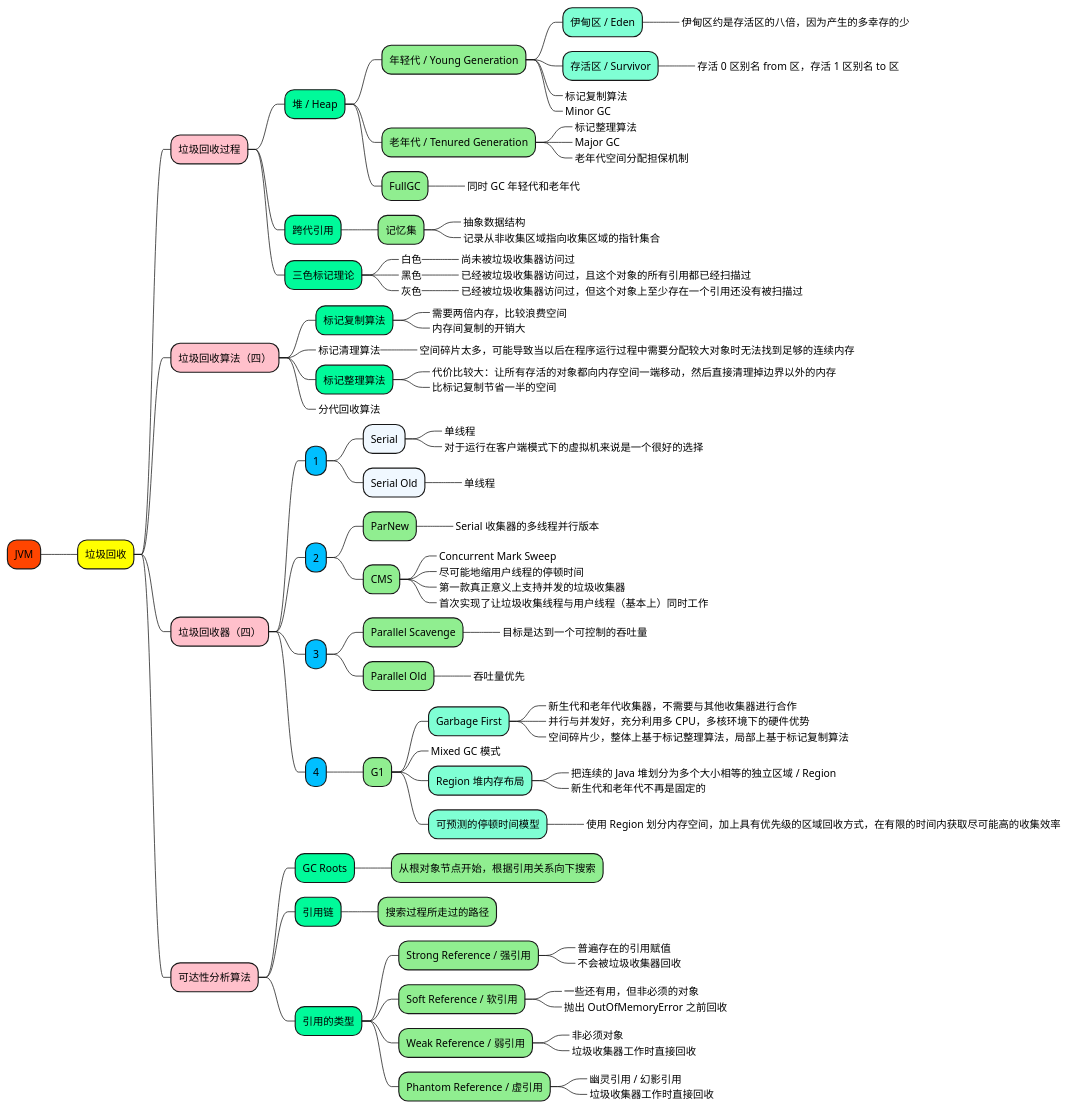
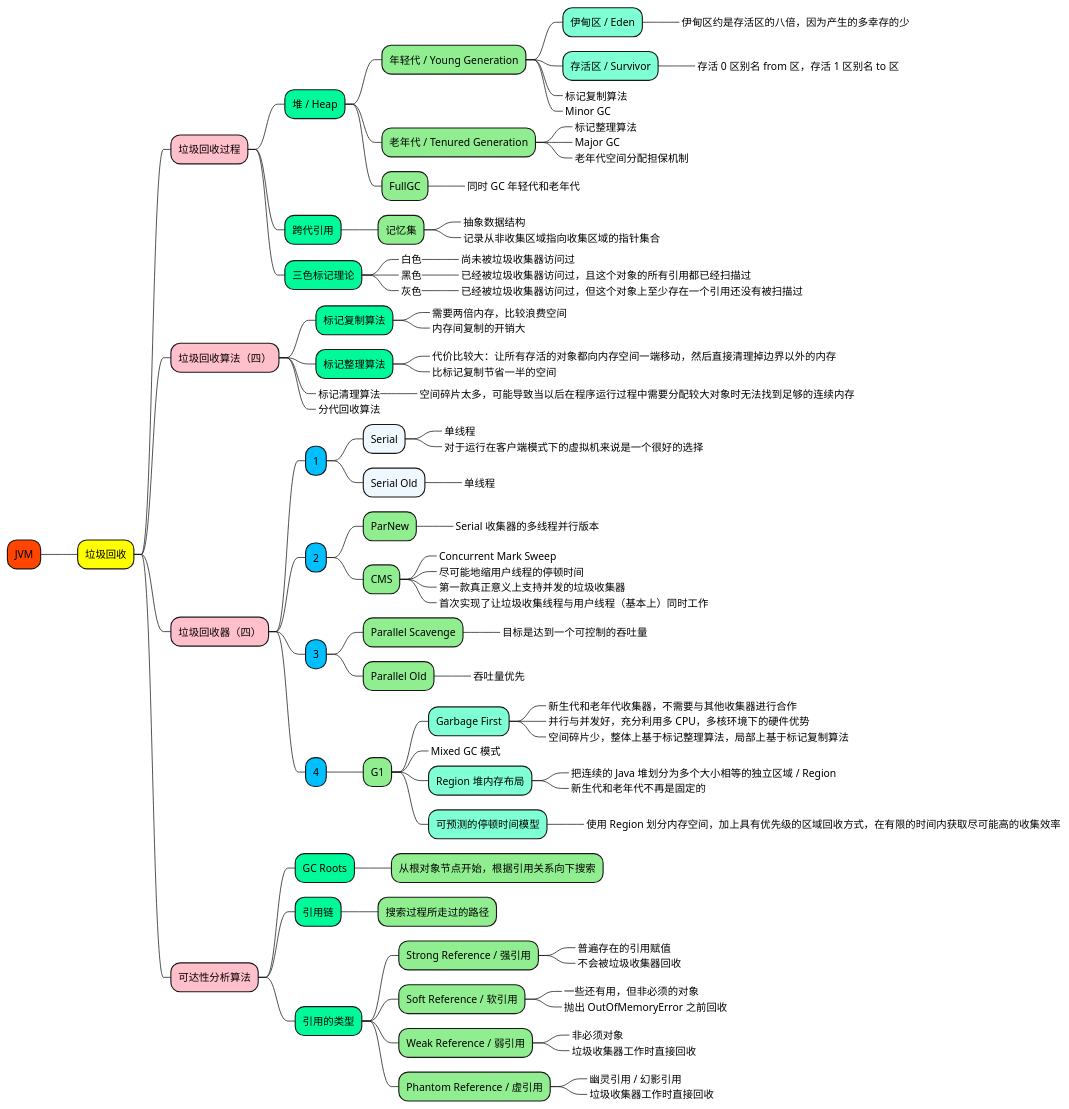
One commit to doveg/self-cultivation-of-a-software-engineer changed the diagram in 1_map/1-java/JVM-垃圾回收.puml. Above: the diagram before and after it, drawn with PlantUML. The commit also changed other lines of this file and 8 other files, not shown here.

```diff
--- a/1_map/1-java/JVM-垃圾回收.puml
+++ b/1_map/1-java/JVM-垃圾回收.puml
@@ -1,125 +1,125 @@
 @startmindmap
 
 +[#OrangeRed] JVM
 
 ++[#yellow] 垃圾回收
 
 +++[#Pink] 垃圾回收过程
 
 ++++[#MediumSpringGreen] 堆 / Heap
 
 +++++[#LightGreen] 年轻代 / Young Generation
 ++++++[#Aquamarine] 伊甸区 / Eden
 +++++++[#Aquamarine]_ 伊甸区约是存活区的八倍，因为产生的多幸存的少
 ++++++[#Aquamarine] 存活区 / Survivor
 +++++++[#Aquamarine]_ 存活 0 区别名 from 区，存活 1 区别名 to 区
 ++++++[#Aquamarine]_ 标记复制算法
 ++++++[#Aquamarine]_ Minor GC
 
 +++++[#LightGreen] 老年代 / Tenured Generation
 ++++++[#Aquamarine]_ 标记整理算法
 ++++++[#Aquamarine]_ Major GC
 ++++++[#GhostWhite]_ 老年代空间分配担保机制
 
 +++++[#LightGreen] FullGC
 ++++++_ 同时 GC 年轻代和老年代
 
 ++++[#MediumSpringGreen] 跨代引用
 +++++[#LightGreen] 记忆集
 ++++++[#Aquamarine]_ 抽象数据结构
 ++++++[#Aquamarine]_ 记录从非收集区域指向收集区域的指针集合
 
 ++++[#MediumSpringGreen] 三色标记理论
 +++++[#LightGreen]_ 白色
 ++++++[#Aquamarine]_ 尚未被垃圾收集器访问过
 +++++[#LightGreen]_ 黑色
 ++++++[#Aquamarine]_ 已经被垃圾收集器访问过，且这个对象的所有引用都已经扫描过
 +++++[#LightGreen]_ 灰色
 ++++++[#Aquamarine]_ 已经被垃圾收集器访问过，但这个对象上至少存在一个引用还没有被扫描过
 
 
 +++[#Pink] 垃圾回收算法（四）
 
 ++++[#MediumSpringGreen] 标记复制算法
 +++++_ 需要两倍内存，比较浪费空间
 +++++_ 内存间复制的开销大
 
-++++[#MediumSpringGreen]_ 标记清理算法
-+++++_ 空间碎片太多，可能导致当以后在程序运行过程中需要分配较大对象时无法找到足够的连续内存
-
 ++++[#MediumSpringGreen] 标记整理算法
 +++++_ 代价比较大：让所有存活的对象都向内存空间一端移动，然后直接清理掉边界以外的内存
 +++++_ 比标记复制节省一半的空间
+
+++++[#MediumSpringGreen]_ 标记清理算法
++++++_ 空间碎片太多，可能导致当以后在程序运行过程中需要分配较大对象时无法找到足够的连续内存
 
 ++++[#MediumSpringGreen]_ 分代回收算法
 
 
 +++[#Pink] 垃圾回收器（四）
 
 ++++[#DeepSkyBlue] 1
 +++++[#AliceBlue] Serial
 ++++++[#AliceBlue]_ 单线程
 ++++++[#AliceBlue]_ 对于运行在客户端模式下的虚拟机来说是一个很好的选择
 +++++[#AliceBlue] Serial Old
 ++++++[#AliceBlue]_ 单线程
 
 ++++[#DeepSkyBlue] 2
 +++++[#LightGreen] ParNew
 ++++++[#LightGreen]_ Serial 收集器的多线程并行版本
 +++++[#LightGreen] CMS
 ++++++[#LightGreen]_ Concurrent Mark Sweep
 ++++++[#LightGreen]_ 尽可能地缩用户线程的停顿时间
 ++++++[#LightGreen]_ 第一款真正意义上支持并发的垃圾收集器
 ++++++[#LightGreen]_ 首次实现了让垃圾收集线程与用户线程（基本上）同时工作
 
 ++++[#DeepSkyBlue] 3
 +++++[#LightGreen] Parallel Scavenge
 ++++++[#LightGreen]_ 目标是达到一个可控制的吞吐量
 +++++[#LightGreen] Parallel Old
 ++++++[#LightGreen]_ 吞吐量优先
 
 ++++[#DeepSkyBlue] 4
 +++++[#LightGreen] G1
 
 ++++++[#Aquamarine] Garbage First
 +++++++[#Aquamarine]_ 新生代和老年代收集器，不需要与其他收集器进行合作
 +++++++[#Aquamarine]_ 并行与并发好，充分利用多 CPU，多核环境下的硬件优势
 +++++++[#Aquamarine]_ 空间碎片少，整体上基于标记整理算法，局部上基于标记复制算法
 
 ++++++[#Aquamarine]_ Mixed GC 模式
 
 ++++++[#Aquamarine] Region 堆内存布局
 +++++++[#Aquamarine]_ 把连续的 Java 堆划分为多个大小相等的独立区域 / Region
 +++++++[#Aquamarine]_ 新生代和老年代不再是固定的
 
 ++++++[#Aquamarine] 可预测的停顿时间模型
 +++++++[#Aquamarine]_ 使用 Region 划分内存空间，加上具有优先级的区域回收方式，在有限的时间内获取尽可能高的收集效率
 
 
 +++[#Pink] 可达性分析算法
 
 ++++[#MediumSpringGreen] GC Roots
 +++++[#LightGreen] 从根对象节点开始，根据引用关系向下搜索
 ++++[#MediumSpringGreen] 引用链
 +++++[#LightGreen] 搜索过程所走过的路径
 
 ++++[#MediumSpringGreen] 引用的类型
 +++++[#LightGreen] Strong Reference / 强引用
 ++++++[#LightGreen]_ 普遍存在的引用赋值
 ++++++[#LightGreen]_ 不会被垃圾收集器回收
 
 +++++[#LightGreen] Soft Reference / 软引用
 ++++++[#LightGreen]_ 一些还有用，但非必须的对象
 ++++++[#LightGreen]_ 抛出 OutOfMemoryError 之前回收
 
 +++++[#LightGreen] Weak Reference / 弱引用
 ++++++[#LightGreen]_ 非必须对象
 ++++++[#LightGreen]_ 垃圾收集器工作时直接回收
 
 +++++[#LightGreen] Phantom Reference / 虚引用
 ++++++[#LightGreen]_ 幽灵引用 / 幻影引用
 ++++++[#LightGreen]_ 垃圾收集器工作时直接回收
 
 
 
 @endmindmap
```
